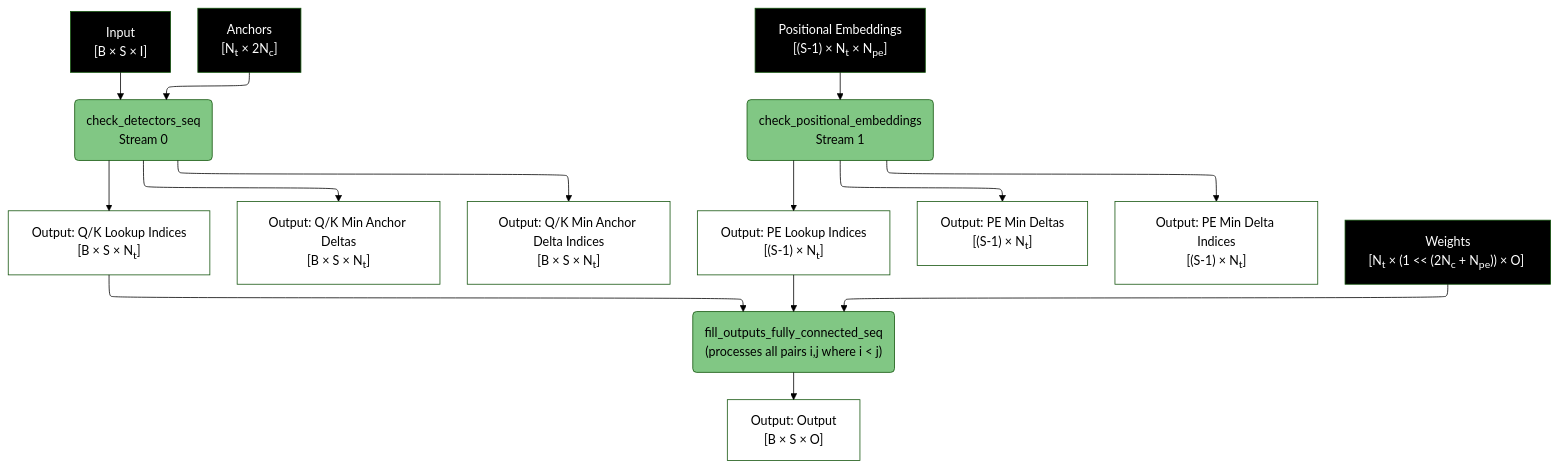
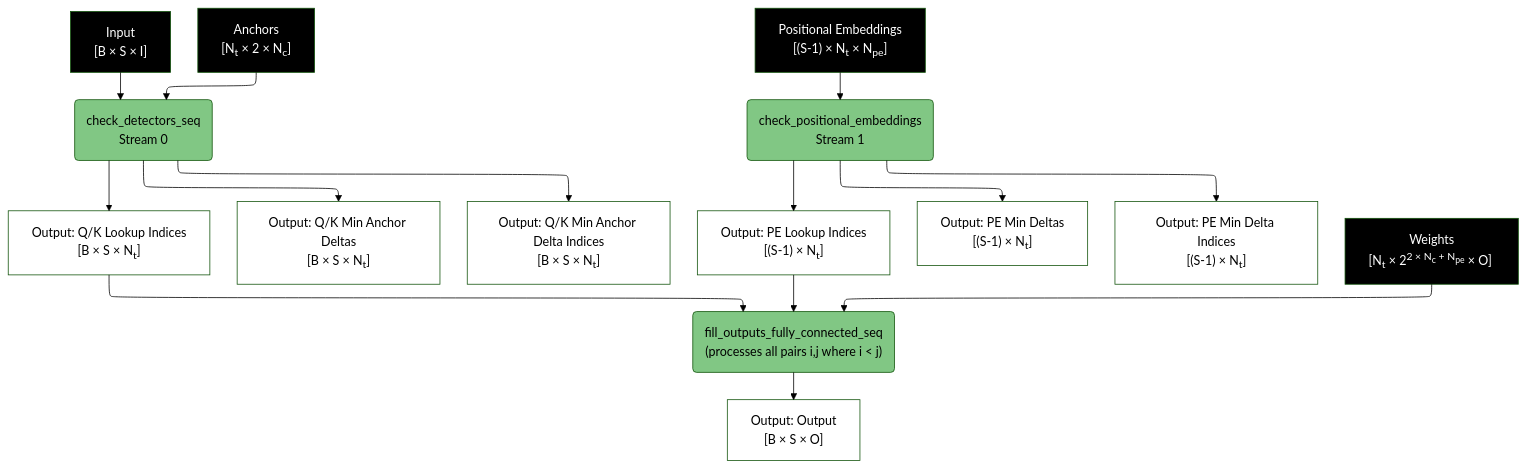
One commit to anatoli-starostin/spiky changed the fifth of 8 diagrams in spiky_cuda/lut/doc/LUT_RUNTIME_DATA_FLOW.md. Above: the diagram before and after it, drawn with Mermaid (forest theme). The commit also changed other lines of this file and 8 other files, not shown here.

````diff
--- a/spiky_cuda/lut/doc/LUT_RUNTIME_DATA_FLOW.md
+++ b/spiky_cuda/lut/doc/LUT_RUNTIME_DATA_FLOW.md
@@ -161,37 +149,37 @@
 ```mermaid
 %%{init: { "flowchart": { "defaultRenderer": "elk" } }}%%
 flowchart TD
     A["Input<br/>[B × S × I]"] --> B("check_detectors_seq<br/>Stream 0")
-    D5["Anchors<br/>[N<sub>t</sub> × 2N<sub>c</sub>]"] --> B
+    D5["Anchors<br/>[N<sub>t</sub> × 2 × N<sub>c</sub>]"] --> B
     C["Positional Embeddings<br/>[(S-1) × N<sub>t</sub> × N<sub>pe</sub>]"] --> D("check_positional_embeddings<br/>Stream 1")
     
     B --> E["Output: Q/K Lookup Indices<br/>[B × S × N<sub>t</sub>]"]
     B --> F["Output: Q/K Min Anchor Deltas<br/>[B × S × N<sub>t</sub>]"]
     B --> G["Output: Q/K Min Anchor Delta Indices<br/>[B&nbsp;×&nbsp;S&nbsp;×&nbsp;N<sub>t</sub>]"]
     
     D --> H["Output: PE Lookup Indices<br/>[(S-1) × N<sub>t</sub>]"]
     D --> I["Output: PE Min Deltas<br/>[(S-1) × N<sub>t</sub>]"]
     D --> J["Output: PE Min Delta Indices<br/>[(S-1) × N<sub>t</sub>]"]
     
     E --> K("fill_outputs_fully_connected_seq<br/>(processes all pairs i,j where i < j)")
     H --> K
     
-    W5["Weights<br/>[N<sub>t</sub>&nbsp;×&nbsp;(1&nbsp;<<&nbsp;(2N<sub>c</sub>&nbsp;+&nbsp;N<sub>pe</sub>))&nbsp;×&nbsp;O]&nbsp;"] --> K
+    W5["Weights<br/>[N<sub>t</sub>&nbsp;×&nbsp;2<sup>2&nbsp;×&nbsp;N<sub>c</sub>&nbsp;+&nbsp;N<sub>pe</sub></sup>&nbsp;×&nbsp;O]&nbsp;"] --> K
     
     K --> Q["Output: Output<br/>[B × S × O]"]
     
     style B fill:#81c784,color:#000000
     style D fill:#81c784,color:#000000
     style K fill:#81c784,color:#000000
     style A fill:#000000,color:#ffffff
     style C fill:#000000,color:#ffffff
     style D5 fill:#000000,color:#ffffff
     style W5 fill:#000000,color:#ffffff
     style E fill:#ffffff,color:#000000
     style F fill:#ffffff,color:#000000
     style G fill:#ffffff,color:#000000
     style H fill:#ffffff,color:#000000
     style I fill:#ffffff,color:#000000
     style J fill:#ffffff,color:#000000
     style Q fill:#ffffff,color:#000000
 ```
````
